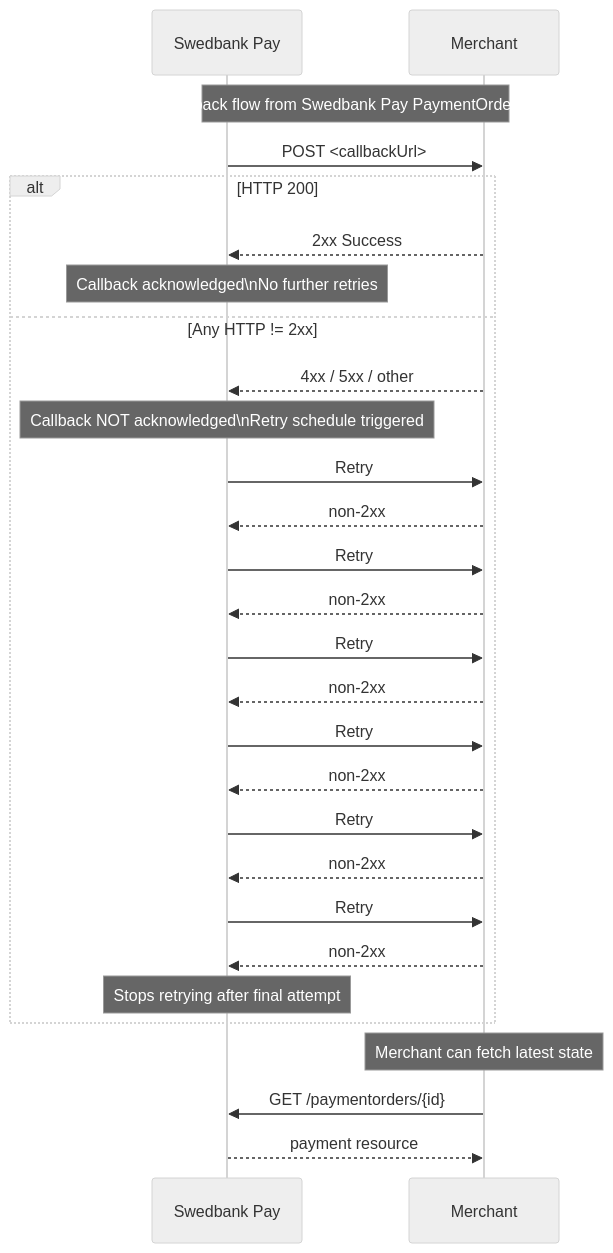
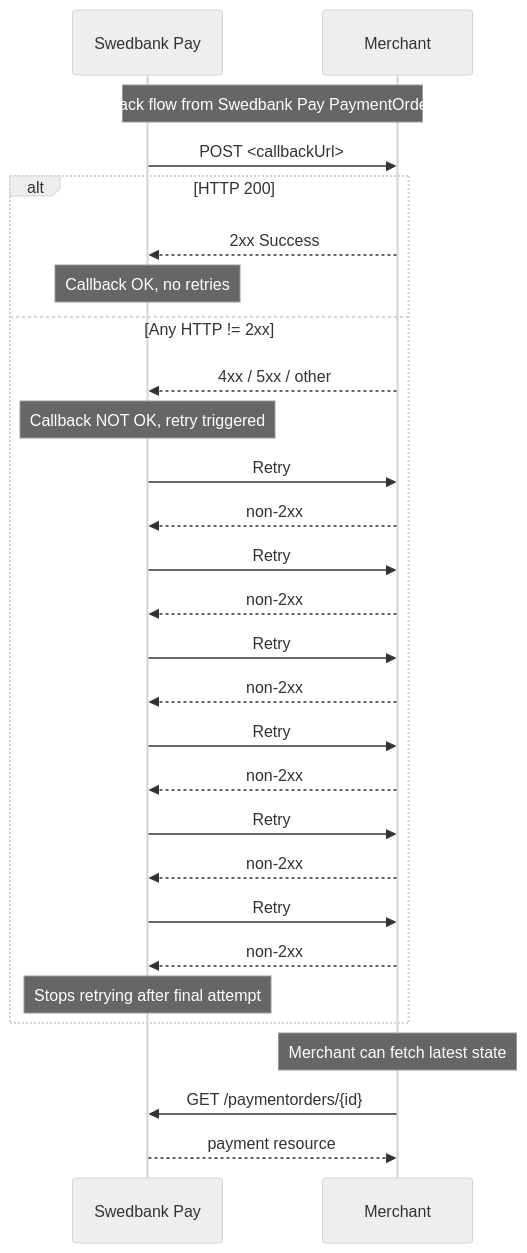
The diagram in _includes/callback-3-0.md (SwedbankPay/developer.swedbankpay.com), drawn with Mermaid (neutral theme) before and after one commit. The commit also changed 2 other files, not shown here.

Commit message:
Tried to fix sequence diagram

````diff
--- a/_includes/callback-3-0.md
+++ b/_includes/callback-3-0.md
@@ -353,42 +353,42 @@
 ```mermaid
 sequenceDiagram
     participant SP as Swedbank Pay
     participant M as Merchant
 
     Note over SP,M: Callback flow from Swedbank Pay PaymentOrder API
 
     SP->>M: POST <callbackUrl>
 
     alt HTTP 200
         M-->>SP: 2xx Success
-        Note over SP: Callback acknowledged\nNo further retries
+        Note over SP: Callback OK, no retries
     else Any HTTP != 2xx
         M-->>SP: 4xx / 5xx / other
 
-        Note over SP: Callback NOT acknowledged\nRetry schedule triggered
+        Note over SP: Callback NOT OK, retry triggered
 
         SP->>M: Retry #1 (after 30 sec)
         M-->>SP: non-2xx
 
         SP->>M: Retry #2 (after 60 sec)
         M-->>SP: non-2xx
 
         SP->>M: Retry #3 (after 360 sec)
         M-->>SP: non-2xx
 
         SP->>M: Retry #4 (after 432 sec)
         M-->>SP: non-2xx
 
         SP->>M: Retry #5 (after 864 sec)
         M-->>SP: non-2xx
 
         SP->>M: Retry #6 (after 1265 sec)
         M-->>SP: non-2xx
 
         Note over SP: Stops retrying after final attempt
     end
 
     Note over M: Merchant can fetch latest state
     M->>SP: GET /paymentorders/{id}
     SP-->>M: payment resource
 ```
````
